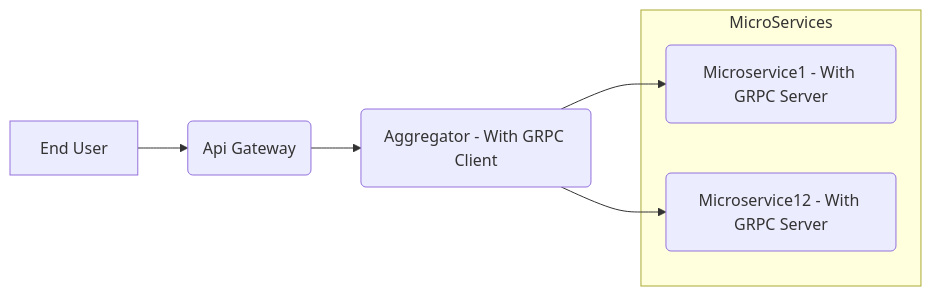
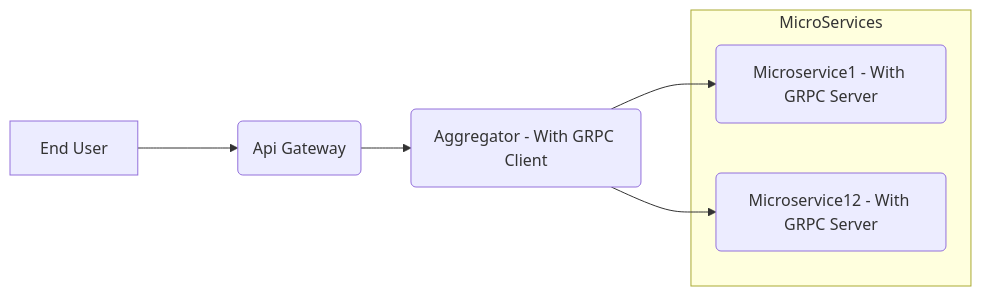
Before and after one commit to saravmani/mycloud: the first of 2 diagrams in Rem/Self/11MDSnippets.md, drawn with Mermaid. The commit also changed other lines of this file and 9 other files, not shown here.

````diff
--- a/Rem/Self/11MDSnippets.md
+++ b/Rem/Self/11MDSnippets.md
@@ -27,18 +28,18 @@
 ```mermaid
 flowchart LR
   A(Microservice1 - With GRPC Server)
   B(Microservice12 - With GRPC Server)
   C(Aggregator - With GRPC Client)
   D(Api Gateway)
   E[End User]
 
 subgraph MicroServices
   A
   B
 end
-E-->D
+E--->D
 D --> C
 
 C --> A
 C --> B
 ```
````
